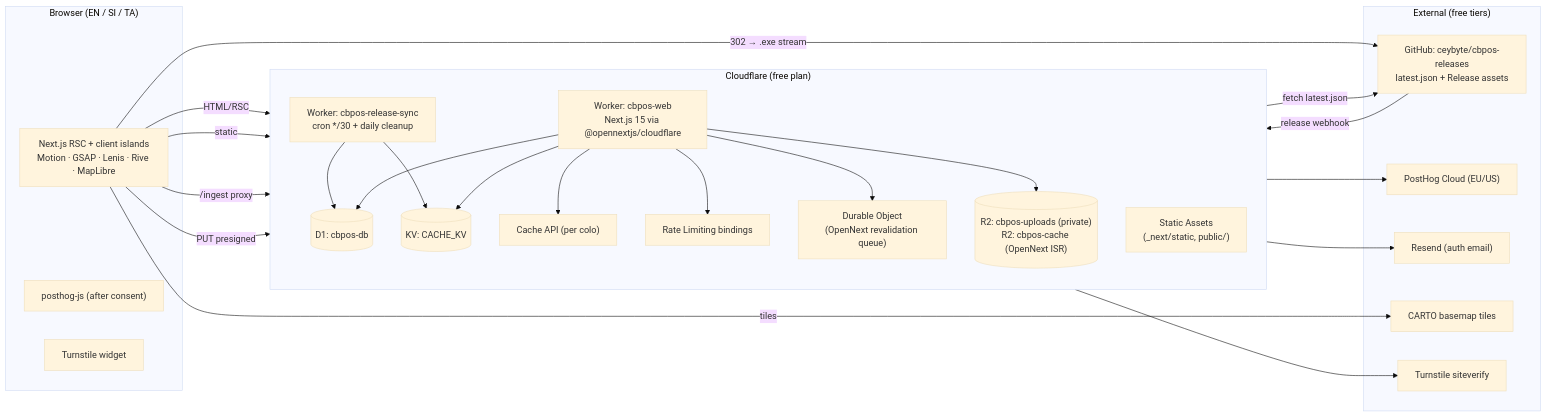
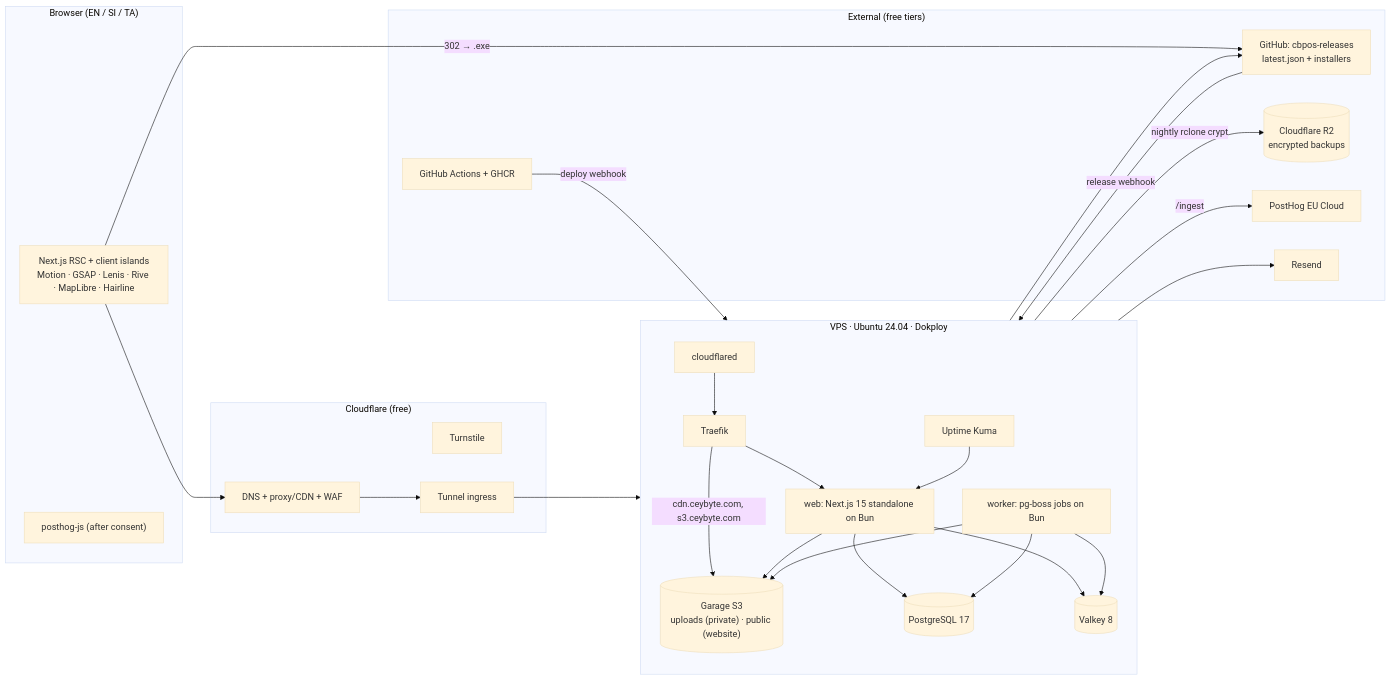
The first of 4 diagrams in docs/02-TRD.md (ceybyte/CeyByte.com), drawn with Mermaid (base theme) before and after one commit. The commit also changed other lines of this file, not shown here.

First line of the commit message:
docs(main): rewrite TRD for single-VPS architecture

````diff
--- a/docs/02-TRD.md
+++ b/docs/02-TRD.md
@@ -14,43 +15,46 @@
 ```mermaid
 flowchart LR
   subgraph Client["Browser (EN / SI / TA)"]
-    UI["Next.js RSC + client islands<br/>Motion · GSAP · Lenis · Rive · MapLibre"]
+    UI["Next.js RSC + client islands<br/>Motion · GSAP · Lenis · Rive · MapLibre · Hairline"]
     PH["posthog-js (after consent)"]
-    TS["Turnstile widget"]
   end
 
-  subgraph CF["Cloudflare (free plan)"]
+  subgraph Edge["Cloudflare (free)"]
+    DNS["DNS + proxy/CDN + WAF"]
+    TS["Turnstile"]
+    TUN["Tunnel ingress"]
+  end
+
+  subgraph VPS["VPS · Ubuntu 24.04 · Dokploy"]
     direction TB
-    W["Worker: cbpos-web<br/>Next.js 15 via @opennextjs/cloudflare"]
-    SA["Static Assets<br/>(_next/static, public/)"]
-    D1[("D1: cbpos-db")]
-    R2[("R2: cbpos-uploads (private)<br/>R2: cbpos-cache (OpenNext ISR)")]
-    KV[("KV: CACHE_KV")]
-    CA["Cache API (per colo)"]
-    RL["Rate Limiting bindings"]
-    DO["Durable Object<br/>(OpenNext revalidation queue)"]
-    CRON["Worker: cbpos-release-sync<br/>cron */30 + daily cleanup"]
+    CFD["cloudflared"]
+    TR["Traefik"]
+    WEB["web: Next.js 15 standalone on Bun"]
+    WK["worker: pg-boss jobs on Bun"]
+    PG[("PostgreSQL 17")]
+    VK[("Valkey 8")]
+    GA[("Garage S3<br/>uploads (private) · public (website)")]
+    UK["Uptime Kuma"]
   end
 
   subgraph Ext["External (free tiers)"]
-    GH["GitHub: ceybyte/cbpos-releases<br/>latest.json + Release assets"]
-    PHS["PostHog Cloud (EU/US)"]
-    RS["Resend (auth email)"]
-    CARTO["CARTO basemap tiles"]
-    TSV["Turnstile siteverify"]
+    GH["GitHub: cbpos-releases<br/>latest.json + installers"]
+    GHCR["GitHub Actions + GHCR"]
+    R2[("Cloudflare R2<br/>encrypted backups")]
+    PHS["PostHog EU Cloud"]
+    RS["Resend"]
   end
 
-  UI -->|HTML/RSC| W
-  UI -->|static| SA
-  UI -->|/ingest proxy| W --> PHS
-  UI -->|tiles| CARTO
-  UI -->|PUT presigned| R2
-  UI -->|302 → .exe stream| GH
-  W --> D1 & KV & CA & RL & DO
-  W --> R2
-  W --> TSV
-  W --> RS
-  GH -->|release webhook| W
-  CRON -->|fetch latest.json| GH
-  CRON --> D1 & KV
+  UI --> DNS --> TUN --> CFD --> TR
+  TR --> WEB
+  TR -->|cdn.ceybyte.com, s3.ceybyte.com| GA
+  WEB --> PG & VK & GA
+  WK --> PG & VK & GA
+  WEB -->|/ingest| PHS
+  WK --> RS & GH
+  UI -->|302 → .exe| GH
+  GH -->|release webhook| WEB
+  GHCR -->|deploy webhook| TR
+  WK -->|nightly rclone crypt| R2
+  UK --> WEB
 ```
````
